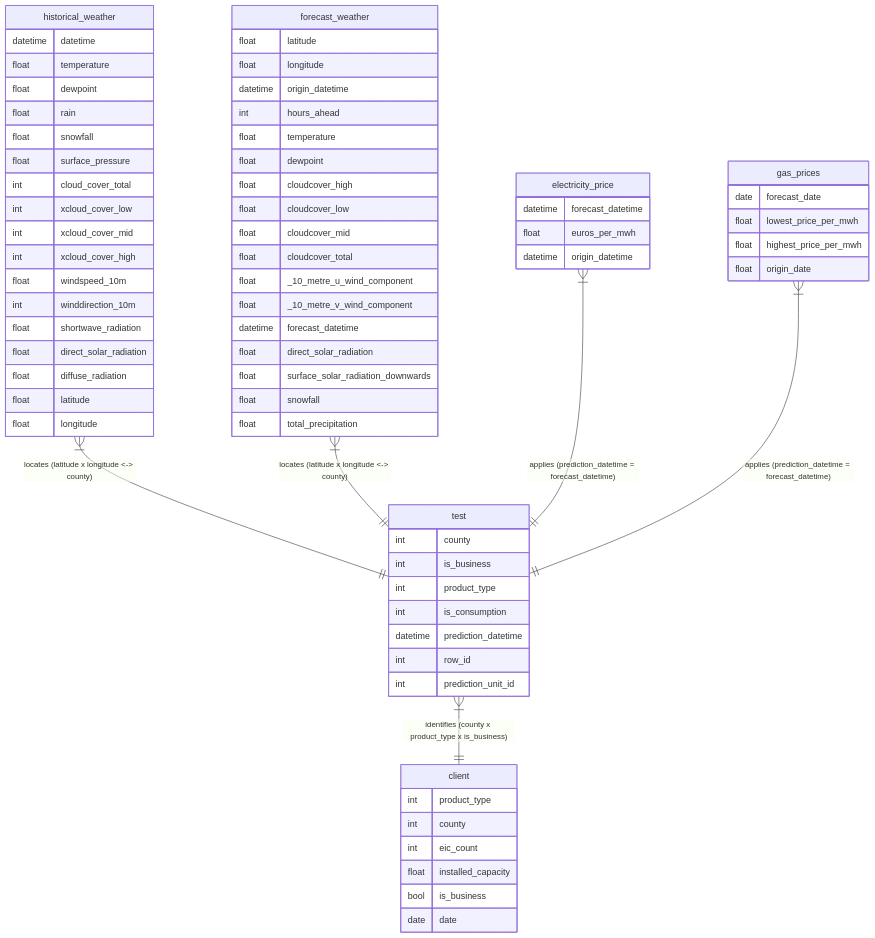
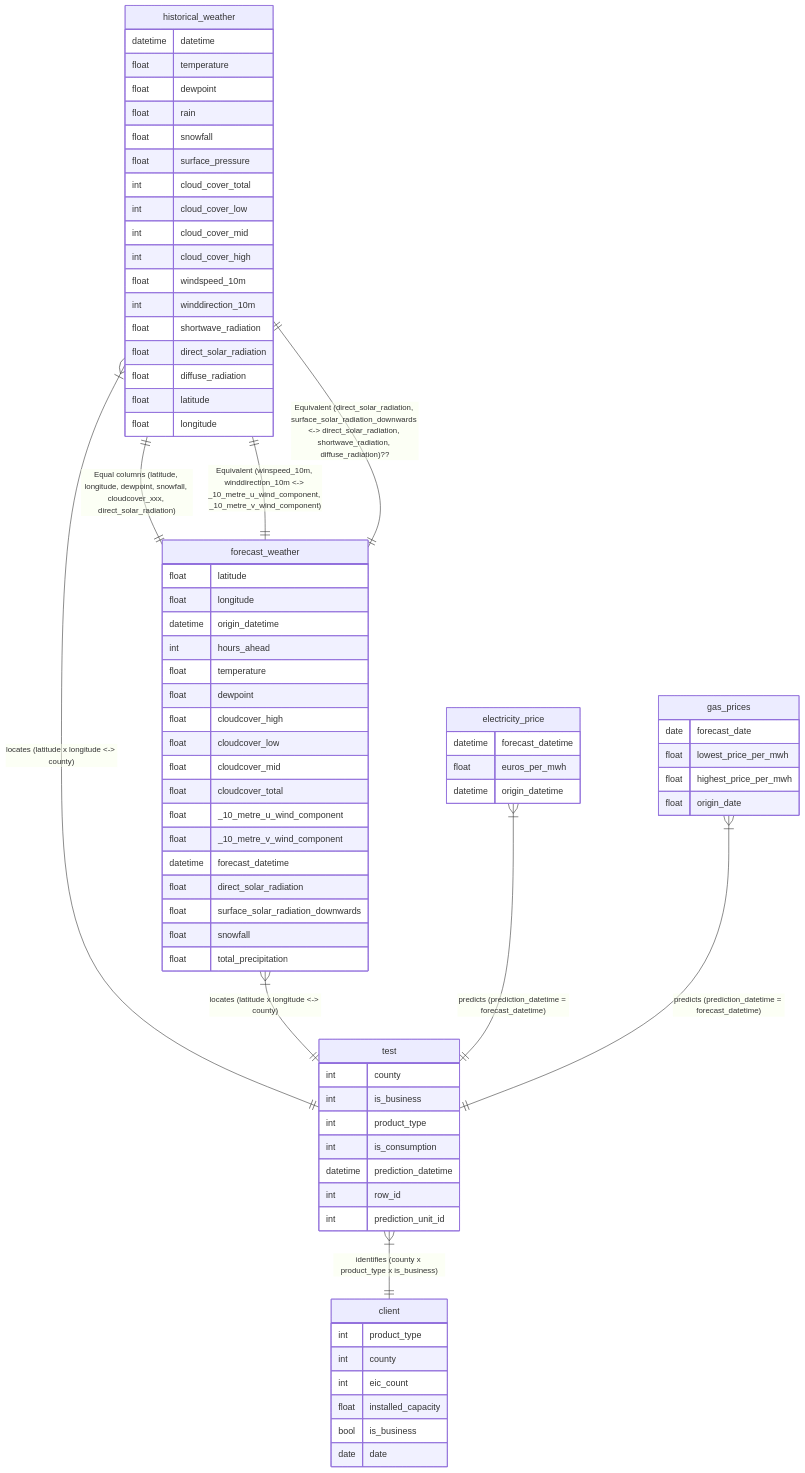
Before and after one commit to jerome-auguste/predict-energy-behavior-of-prosumers: the diagram in README.md, drawn with Mermaid.

Commit message:
Added other relationships between tables

````diff
--- a/README.md
+++ b/README.md
@@ -9,75 +9,77 @@
 ```mermaid
 erDiagram
     test {
         int county
         int is_business
         int product_type
         int is_consumption
         datetime prediction_datetime
         int row_id
         int prediction_unit_id
     }
     client {
         int product_type
         int county
         int eic_count
         float installed_capacity
         bool is_business
         date date
     }
     historical_weather {
         datetime datetime
         float temperature
         float dewpoint
         float rain
         float snowfall
         float surface_pressure
         int cloud_cover_total
-        int xcloud_cover_low
-        int xcloud_cover_mid
-        int xcloud_cover_high
+        int cloud_cover_low
+        int cloud_cover_mid
+        int cloud_cover_high
         float windspeed_10m
         int winddirection_10m
         float shortwave_radiation
         float direct_solar_radiation
         float diffuse_radiation
         float latitude
         float longitude
     }
     forecast_weather {
         float latitude
         float longitude
         datetime origin_datetime
         int hours_ahead
         float temperature
         float dewpoint
         float cloudcover_high
         float cloudcover_low
         float cloudcover_mid
         float cloudcover_total
         float _10_metre_u_wind_component
         float _10_metre_v_wind_component
         datetime forecast_datetime
         float direct_solar_radiation
         float surface_solar_radiation_downwards
         float snowfall
         float total_precipitation
     }
     electricity_price {
         datetime forecast_datetime
         float euros_per_mwh
         datetime origin_datetime
     }
     gas_prices {
         date forecast_date
         float lowest_price_per_mwh
         float highest_price_per_mwh
         float origin_date
     }
     test |{--|| client : "identifies (county x product_type x is_business)"
     historical_weather |{--|| test : "locates (latitude x longitude <-> county)"
     forecast_weather |{--|| test : "locates (latitude x longitude <-> county)"
-    electricity_price |{--|| test : "applies (prediction_datetime = forecast_datetime)"
-    gas_prices |{--|| test : "applies (prediction_datetime = forecast_datetime)"
-
+    electricity_price |{--|| test : "predicts (prediction_datetime = forecast_datetime)"
+    gas_prices |{--|| test : "predicts (prediction_datetime = forecast_datetime)"
+    historical_weather ||--|| forecast_weather : "Equal columns (latitude, longitude, dewpoint, snowfall, cloudcover_xxx, direct_solar_radiation)"
+    historical_weather ||--|| forecast_weather : "Equivalent (winspeed_10m, winddirection_10m <-> _10_metre_u_wind_component, _10_metre_v_wind_component)"
+    historical_weather ||--|| forecast_weather : "Equivalent (direct_solar_radiation, surface_solar_radiation_downwards <-> direct_solar_radiation, shortwave_radiation, diffuse_radiation)??"
 ```
````
